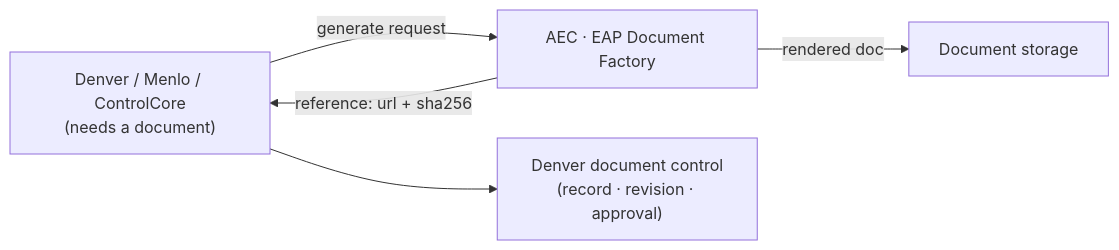
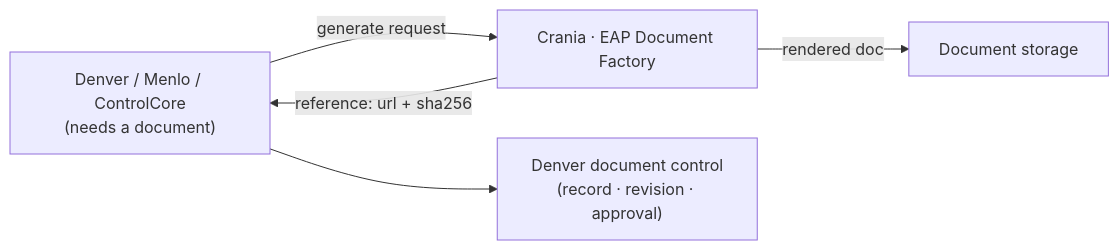
One commit to ral197979/jarvis-epc changed the fifth of 8 diagrams in REFERENCE_ARCHITECTURE.md. Above: the diagram before and after it, drawn with Mermaid. The commit also changed other lines of this file and 17 other files, not shown here.

First line of the commit message:
refactor(federation): Crania absorbs Ava-Engineering-Core (AEC)

````diff
--- a/REFERENCE_ARCHITECTURE.md
+++ b/REFERENCE_ARCHITECTURE.md
@@ -219,7 +215,7 @@
 ```mermaid
 flowchart LR
-    Req["Denver / Menlo / ControlCore<br/>(needs a document)"] -->|"generate request"| EAP["AEC · EAP Document Factory"]
+    Req["Denver / Menlo / ControlCore<br/>(needs a document)"] -->|"generate request"| EAP["Crania · EAP Document Factory"]
     EAP -->|"rendered doc"| Store["Document storage"]
     EAP -->|"reference: url + sha256"| Req
     Req --> DC["Denver document control<br/>(record · revision · approval)"]
 ```
````
